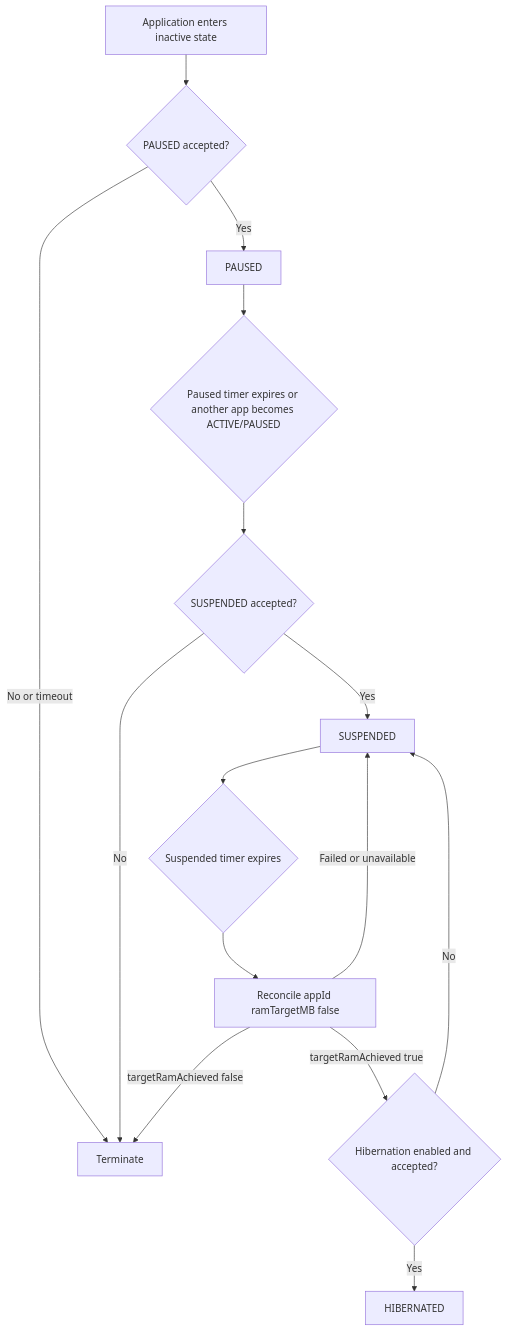
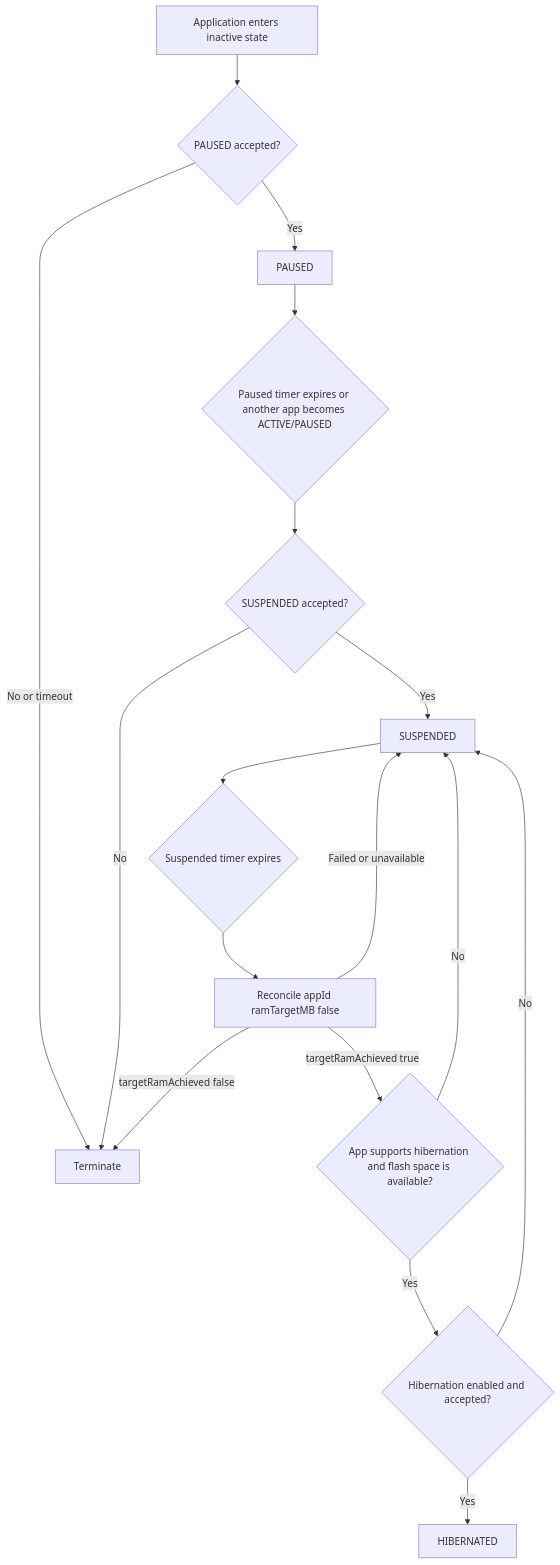
The third of 3 diagrams in AppManager/ResourceMonitoring.md (rdkcentral/entservices-appmanagers), drawn with Mermaid before and after one commit. The commit also changed other lines of this file and 9 other files, not shown here.

````diff
--- a/AppManager/ResourceMonitoring.md
+++ b/AppManager/ResourceMonitoring.md
@@ -141,17 +147,19 @@
 ```mermaid
 flowchart TD
     I[Application enters inactive state] --> P{PAUSED accepted?}
     P -- No or timeout --> T[Terminate]
     P -- Yes --> PS[PAUSED]
     PS --> E{Paused timer expires or another app becomes ACTIVE/PAUSED}
     E --> S{SUSPENDED accepted?}
     S -- No --> T
     S -- Yes --> SS[SUSPENDED]
     SS --> H{Suspended timer expires}
     H --> R[Reconcile appId ramTargetMB false]
     R -- Failed or unavailable --> SS
     R -- targetRamAchieved false --> T
-    R -- targetRamAchieved true --> HE{Hibernation enabled and accepted?}
+    R -- targetRamAchieved true --> C{App supports hibernation and flash space is available?}
+    C -- No --> SS
+    C -- Yes --> HE{Hibernation enabled and accepted?}
     HE -- No --> SS
     HE -- Yes --> HH[HIBERNATED]
 ```
````
